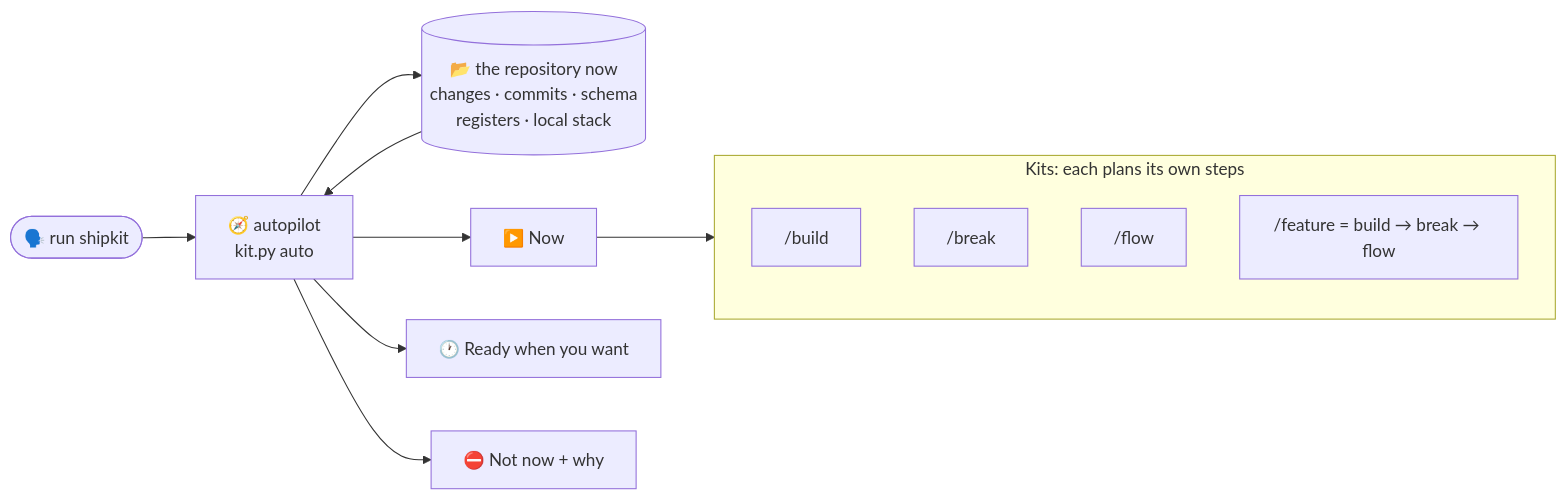
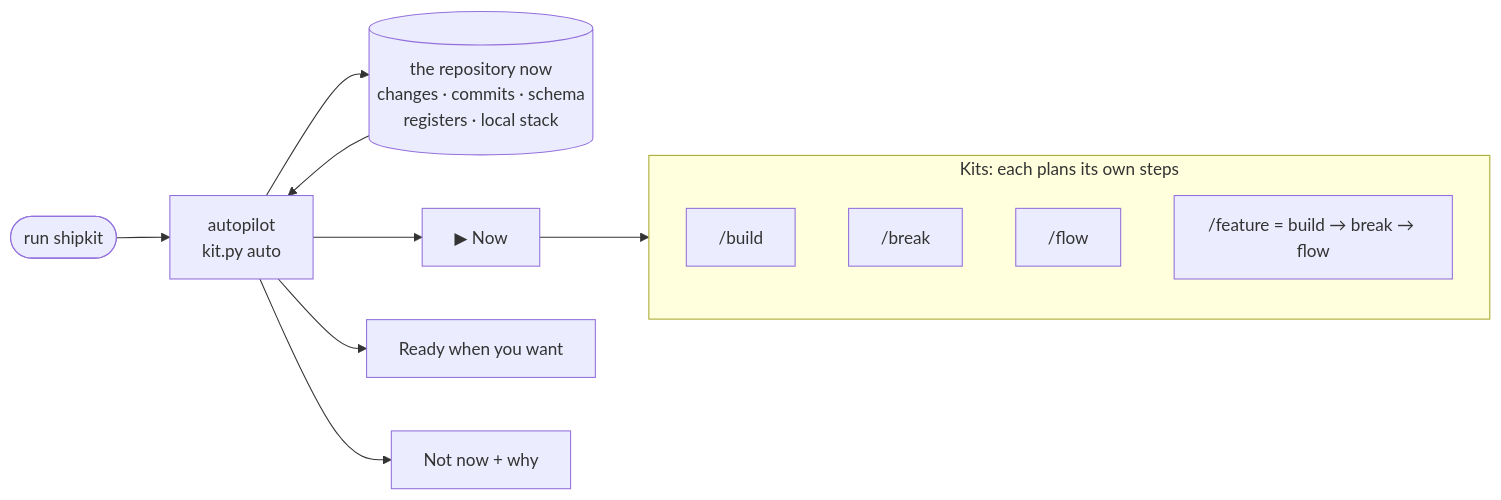
The second of 7 diagrams in README.md (kshanxs/shipkit), drawn with Mermaid before and after one commit. The commit also changed other lines of this file, not shown here.

````diff
--- a/README.md
+++ b/README.md
@@ -120,17 +120,17 @@
 ```mermaid
 flowchart LR
-    you(["🗣️ run shipkit"]) --> auto["🧭 autopilot<br/>kit.py auto"]
-    auto --> state[("📂 the repository now<br/>changes · commits · schema<br/>registers · local stack")]
+    you(["run shipkit"]) --> auto["autopilot<br/>kit.py auto"]
+    auto --> state[("the repository now<br/>changes · commits · schema<br/>registers · local stack")]
     state --> auto
-    auto --> now["▶️ Now"]
-    auto --> ready["🕐 Ready when you want"]
-    auto --> notnow["⛔ Not now + why"]
+    auto --> now["▶ Now"]
+    auto --> ready["Ready when you want"]
+    auto --> notnow["Not now + why"]
     now --> kits
     subgraph kits["Kits: each plans its own steps"]
         direction TB
         build["/build"]
         brk["/break"]
         flow["/flow"]
         feat["/feature = build → break → flow"]
     end
 ```
````
